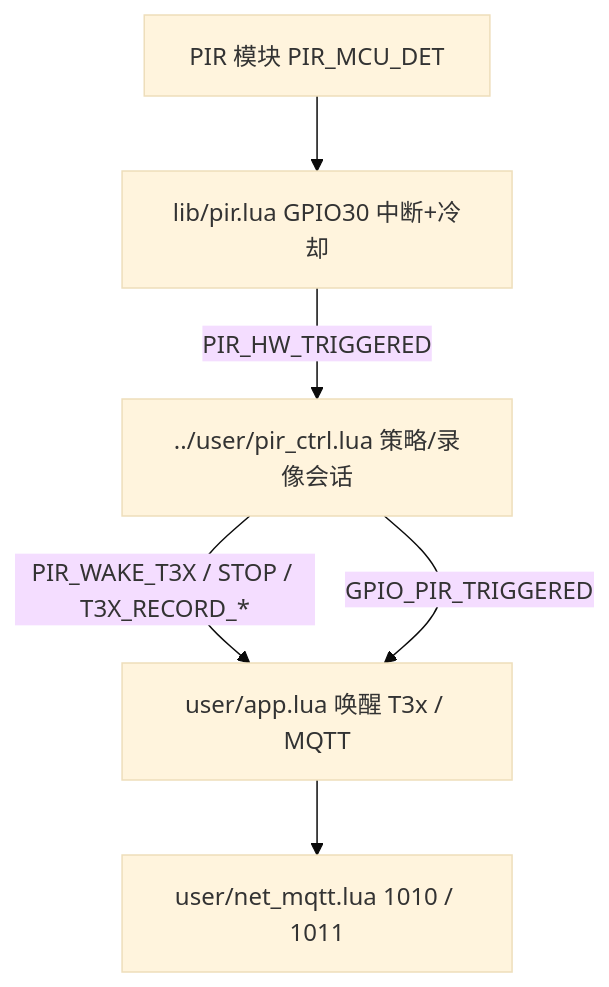
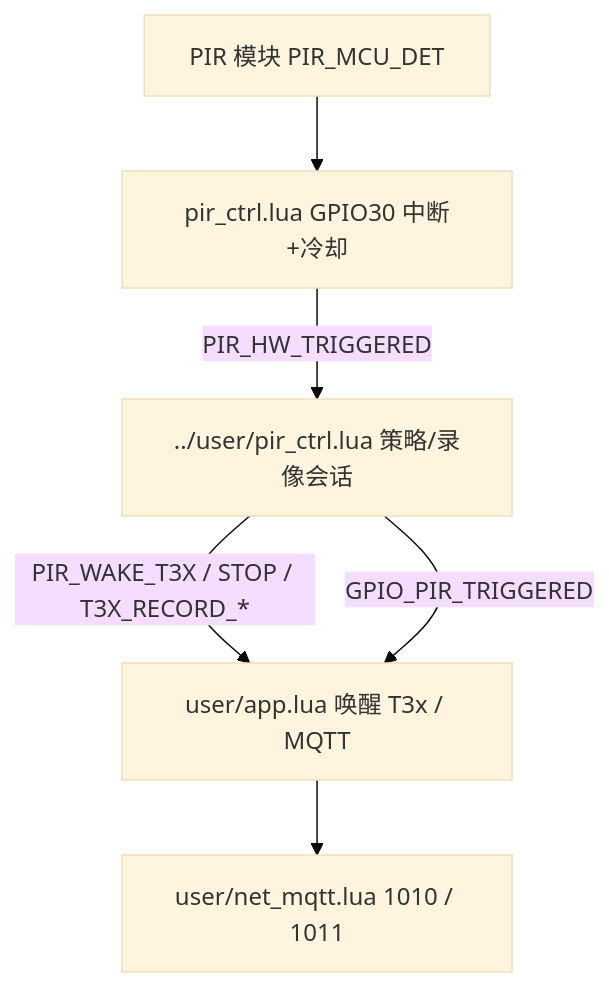
Before and after one commit to dzr1986/AIR780EHM: the second of 4 diagrams in doc/PIR_HARDWARE.md, drawn with Mermaid (base theme). The commit also changed other lines of this file and 80 other files, not shown here.

````diff
--- a/doc/PIR_HARDWARE.md
+++ b/doc/PIR_HARDWARE.md
@@ -76,13 +76,13 @@
 ```mermaid
 flowchart TB
     HW[PIR 模块 PIR_MCU_DET]
-    PIR[lib/pir.lua GPIO30 中断+冷却]
+    PIR[pir_ctrl.lua GPIO30 中断+冷却]
     CTRL[../user/pir_ctrl.lua 策略/录像会话]
     APP[user/app.lua 唤醒 T3x / MQTT]
     NET[user/net_mqtt.lua 1010 / 1011]
     HW --> PIR
     PIR -->|PIR_HW_TRIGGERED| CTRL
     CTRL -->|PIR_WAKE_T3X / STOP / T3X_RECORD_*| APP
     APP --> NET
     CTRL -->|GPIO_PIR_TRIGGERED| APP
 ```
````
